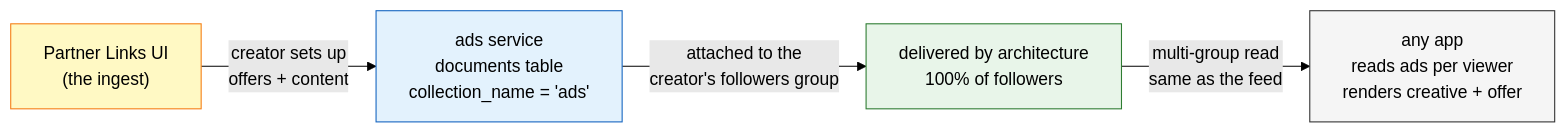
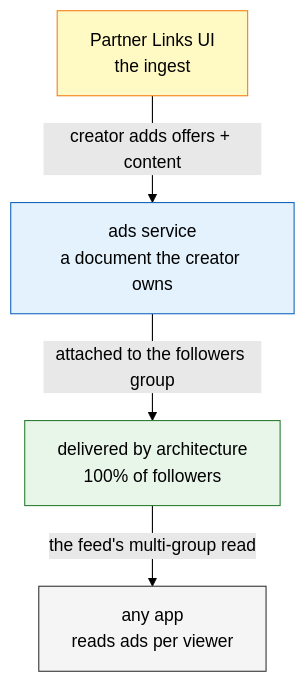
The diagram in knowledge/knowledge-base/web10-v3/social/ads.md (jacoby149/web10), drawn with Mermaid (forest theme) before and after one commit.

Commit message:
docs(kb): ads.md — the model diagram is unreadable as a wide LR row; switch to a top-down flow with short single-line edge labels (the <br/> in edge labels was also breaking the parse)

````diff
--- a/knowledge/knowledge-base/web10-v3/social/ads.md
+++ b/knowledge/knowledge-base/web10-v3/social/ads.md
@@ -9,11 +9,11 @@
 ```mermaid
-graph LR
-    A["Partner Links UI<br/>(the ingest)"] -->|creator sets up<br/>offers + content| B["ads service<br/>documents table<br/>collection_name = 'ads'"]
-    B -->|attached to the<br/>creator's followers group| C["delivered by architecture<br/>100% of followers"]
-    C -->|multi-group read<br/>same as the feed| D["any app<br/>reads ads per viewer<br/>renders creative + offer"]
+graph TD
+    A["Partner Links UI<br/>the ingest"] -->|creator adds offers + content| B["ads service<br/>a document the creator owns"]
+    B -->|attached to the followers group| C["delivered by architecture<br/>100% of followers"]
+    C -->|the feed's multi-group read| D["any app<br/>reads ads per viewer"]
 
     style A fill:#fff9c4,stroke:#f57f17,color:#000
     style B fill:#e3f2fd,stroke:#1565c0,color:#000
     style C fill:#e8f5e9,stroke:#2e7d32,color:#000
     style D fill:#f5f5f5,stroke:#333,color:#000
 ```
````
